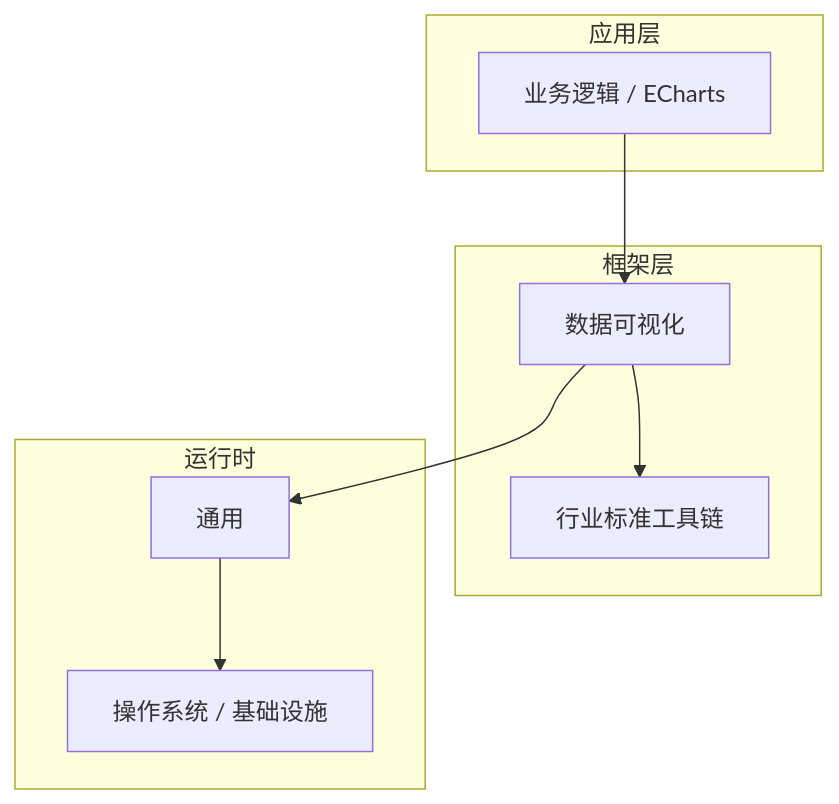
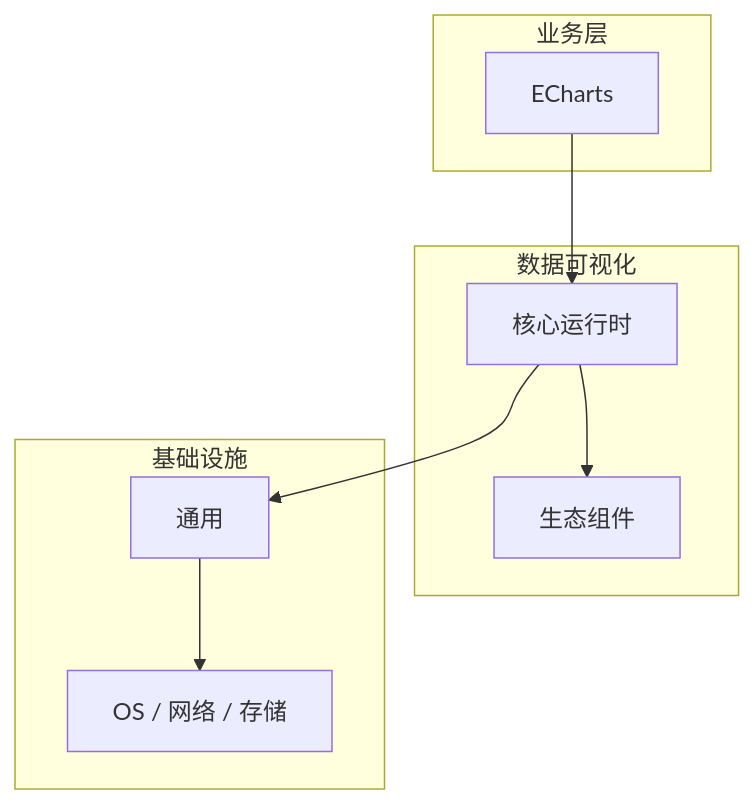
The diagram in articles/数据可视化/chapters/024-ECharts核心概念与原理.md (yanggan2015/knowledge-json-v2), drawn with Mermaid before and after one commit. The commit also changed other lines of this file and 10127 other files, not shown here.

````diff
--- a/articles/数据可视化/chapters/024-ECharts核心概念与原理.md
+++ b/articles/数据可视化/chapters/024-ECharts核心概念与原理.md
@@ -45,18 +34,18 @@
 ```mermaid
 graph TB
-    subgraph 应用层
-        A[业务逻辑 / ECharts]
+    subgraph 业务层
+        A[ECharts]
     end
-    subgraph 框架层
-        B[数据可视化]
-        C[行业标准工具链]
+    subgraph 数据可视化
+        B[核心运行时]
+        C[生态组件]
     end
-    subgraph 运行时
+    subgraph 基础设施
         D[通用]
-        E[操作系统 / 基础设施]
+        E[OS / 网络 / 存储]
     end
     A --> B
     B --> C
     B --> D
     D --> E
 ```
````
